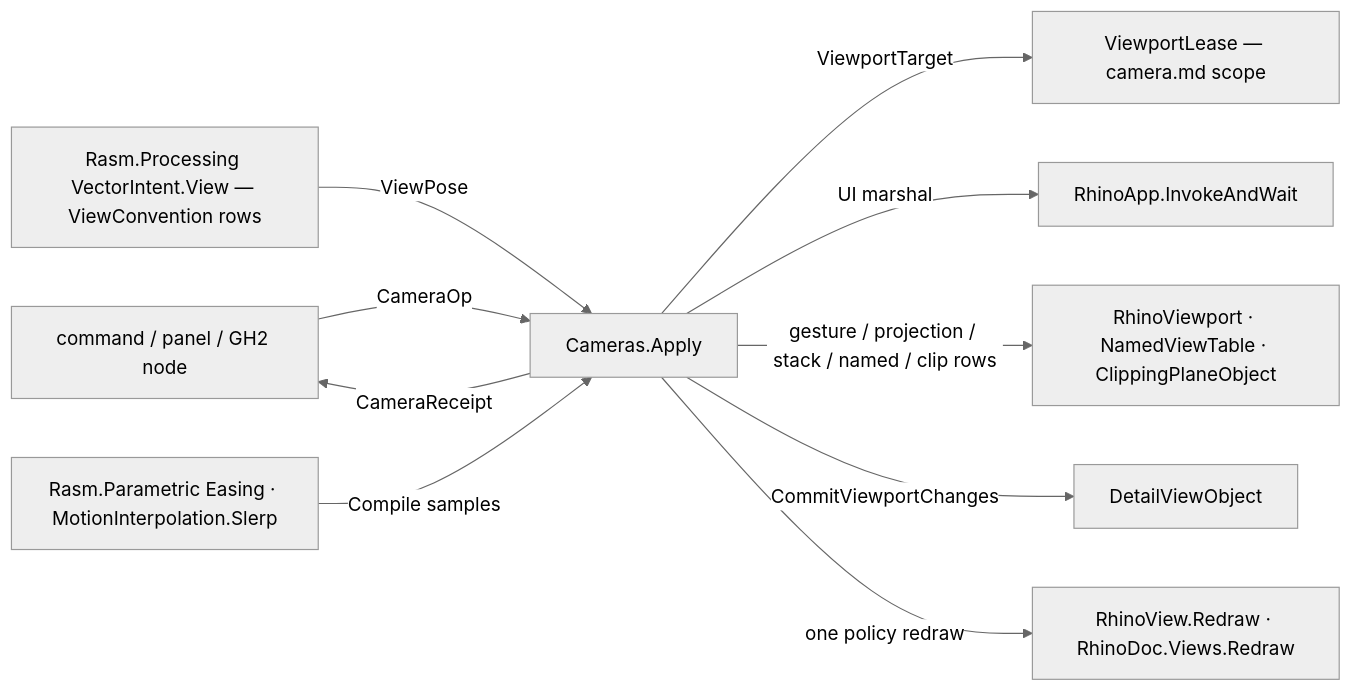
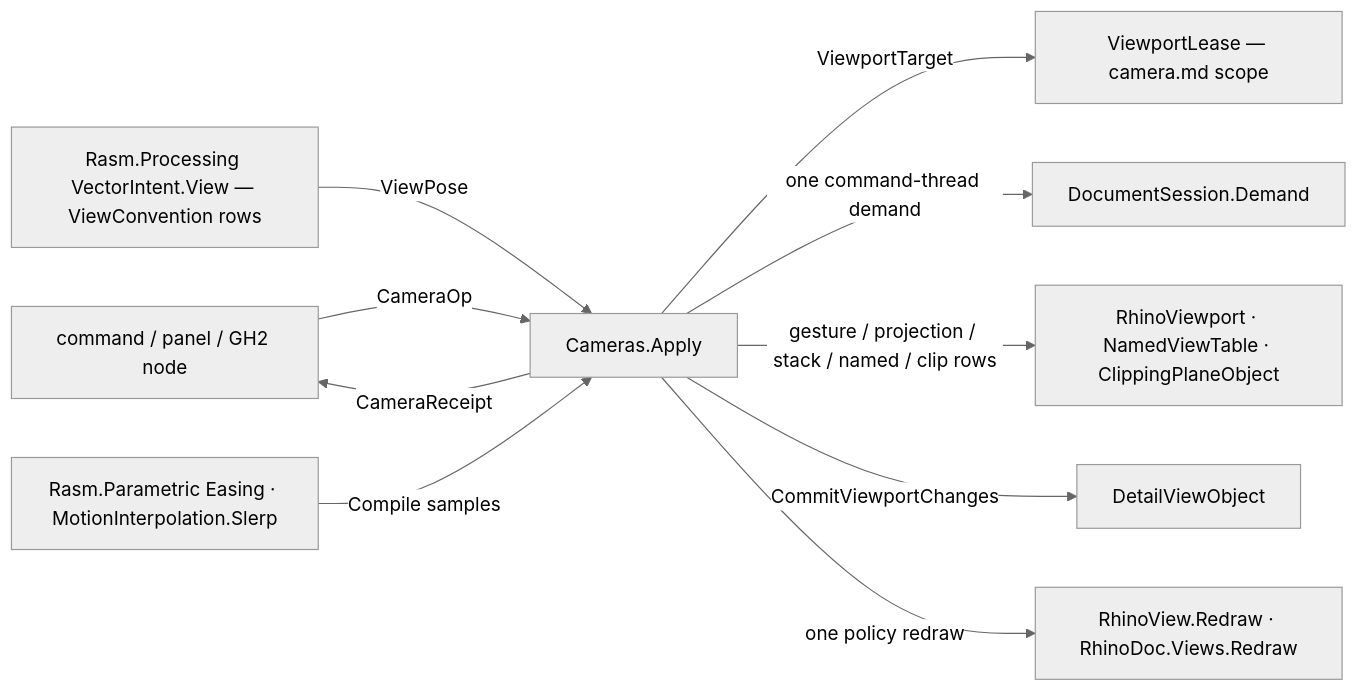
The diagram in libs/csharp/Rasm.Rhino/.planning/Viewport/operations.md (bsamiee/Rasm), drawn with Mermaid (neutral theme) before and after one commit. The commit also changed other lines of this file and 185 other files, not shown here.

````diff
--- a/libs/csharp/Rasm.Rhino/.planning/Viewport/operations.md
+++ b/libs/csharp/Rasm.Rhino/.planning/Viewport/operations.md
@@ -409,12 +411,12 @@
 ```mermaid
 flowchart LR
     Consumer["command / panel / GH2 node"] -->|CameraOp| Rail["Cameras.Apply"]
     Rail -->|ViewportTarget| Lease["ViewportLease — camera.md scope"]
-    Rail -->|UI marshal| Host["RhinoApp.InvokeAndWait"]
+    Rail -->|one command-thread demand| Host["DocumentSession.Demand"]
     Intent["Rasm.Processing VectorIntent.View — ViewConvention rows"] -->|ViewPose| Rail
     Kernel["Rasm.Parametric Easing · MotionInterpolation.Slerp"] -->|Compile samples| Rail
     Rail -->|gesture / projection / stack / named / clip rows| Viewport["RhinoViewport · NamedViewTable · ClippingPlaneObject"]
     Rail -->|CommitViewportChanges| Detail["DetailViewObject"]
     Rail -->|one policy redraw| Redraw["RhinoView.Redraw · RhinoDoc.Views.Redraw"]
     Rail -->|CameraReceipt| Consumer
 ```
````
